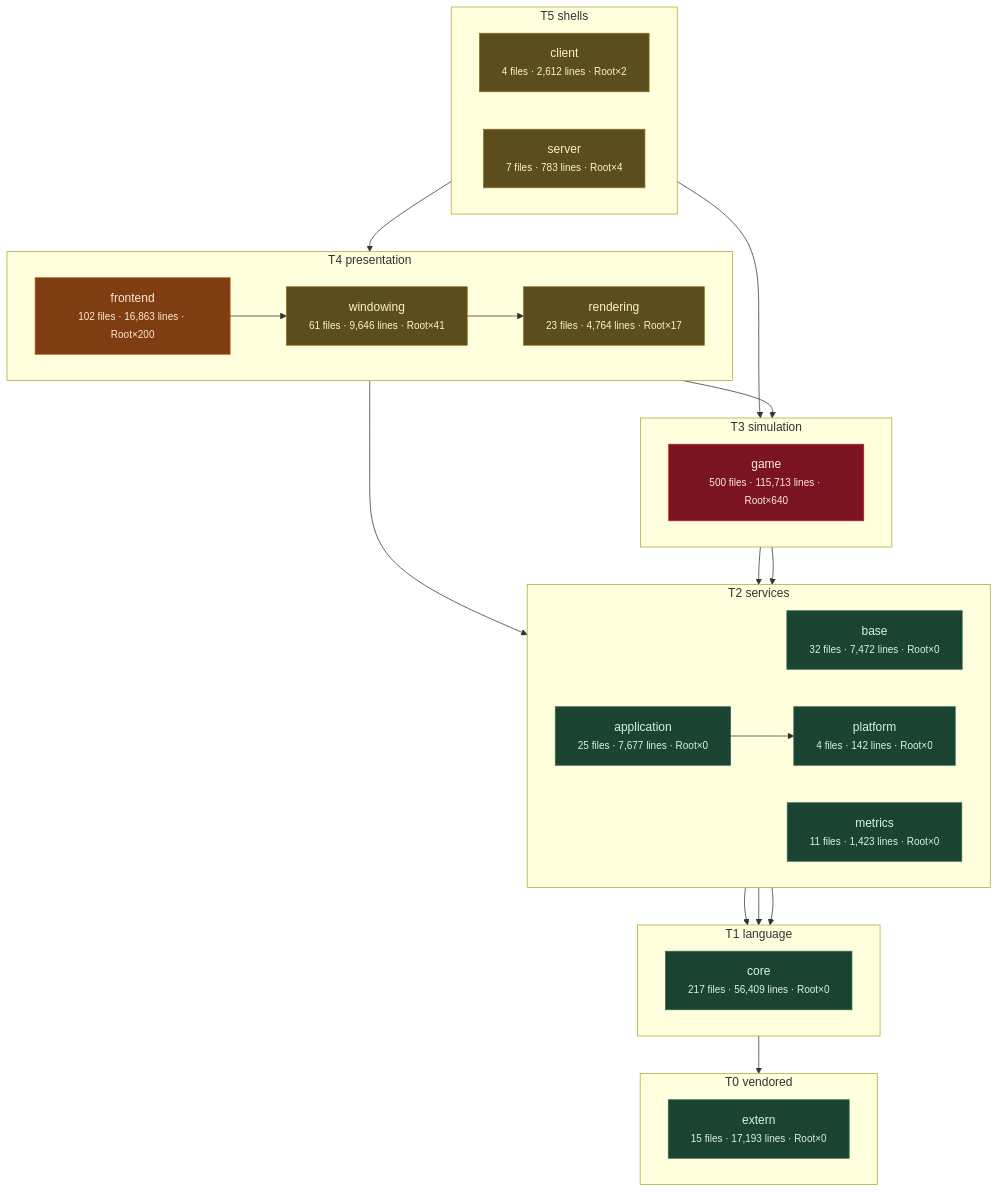
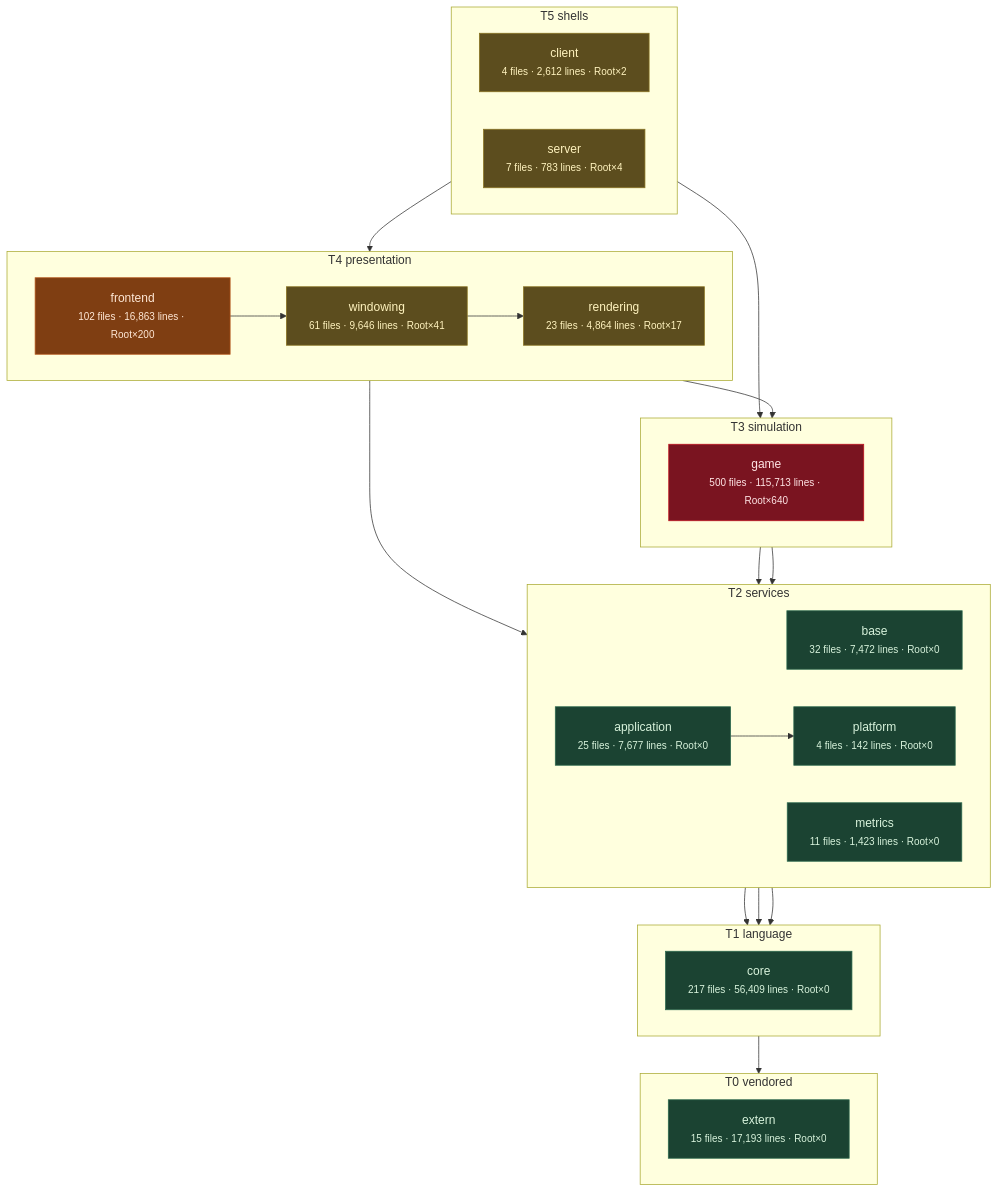
One commit to apnex/OpenStarbound changed the third of 11 diagrams in docs/architecture/system-boundaries.md. Above: the diagram before and after it, drawn with Mermaid. The commit also changed other lines of this file and 1 other file, not shown here.

````diff
--- a/docs/architecture/system-boundaries.md
+++ b/docs/architecture/system-boundaries.md
@@ -271,54 +271,54 @@
 ```mermaid
 flowchart TD
   subgraph T0["T0 vendored"]
     direction LR
     extern["extern<br/><small>15 files · 17,193 lines · Root×0</small>"]
   end
   subgraph T1["T1 language"]
     direction LR
     core["core<br/><small>217 files · 56,409 lines · Root×0</small>"]
   end
   subgraph T2["T2 services"]
     direction LR
     base["base<br/><small>32 files · 7,472 lines · Root×0</small>"]
     metrics["metrics<br/><small>11 files · 1,423 lines · Root×0</small>"]
     platform["platform<br/><small>4 files · 142 lines · Root×0</small>"]
     application["application<br/><small>25 files · 7,677 lines · Root×0</small>"]
   end
   subgraph T3["T3 simulation"]
     direction LR
     game["game<br/><small>500 files · 115,713 lines · Root×640</small>"]
   end
   subgraph T4["T4 presentation"]
     direction LR
-    rendering["rendering<br/><small>23 files · 4,764 lines · Root×17</small>"]
+    rendering["rendering<br/><small>23 files · 4,864 lines · Root×17</small>"]
     windowing["windowing<br/><small>61 files · 9,646 lines · Root×41</small>"]
     frontend["frontend<br/><small>102 files · 16,863 lines · Root×200</small>"]
   end
   subgraph T5["T5 shells"]
     direction LR
     client["client<br/><small>4 files · 2,612 lines · Root×2</small>"]
     server["server<br/><small>7 files · 783 lines · Root×4</small>"]
   end
   core --> extern
   base --> core
   metrics --> core
   platform --> core
   application --> platform
   game --> base
   game --> platform
   rendering --> application
   rendering --> game
   windowing --> rendering
   frontend --> windowing
   client --> frontend
   server --> game
   classDef clean fill:#1b4332,stroke:#2d6a4f,color:#d8f3dc
   classDef warm  fill:#5c4d1e,stroke:#8a7420,color:#fff3bf
   classDef hot   fill:#7f3e12,stroke:#b5561b,color:#ffe8d6
   classDef blaze fill:#7a1420,stroke:#c1121f,color:#ffe5e5
   class extern,core,base,metrics,platform,application clean
   class rendering,windowing,client,server warm
   class frontend hot
   class game blaze
 ```
````
